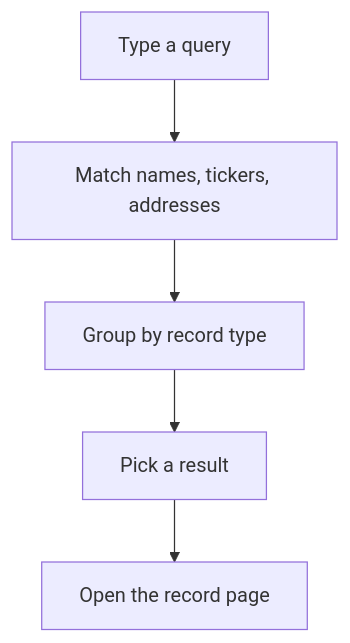
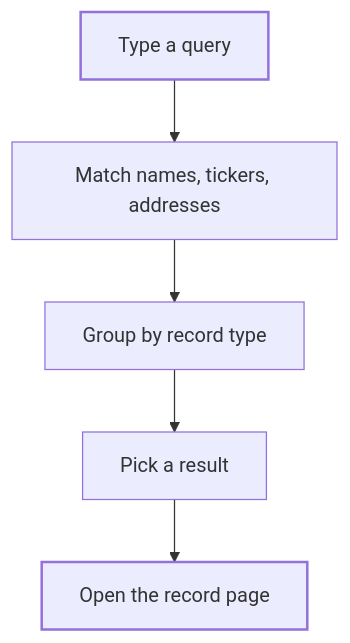
One commit to blupryntco/docs changed the diagram in explorer/search.mdx. Above: the diagram before and after it, drawn with Mermaid. The commit also changed 54 other files, not shown here.

Commit message:
Diagrams in site palette with dark mode; Developers overview for SDK + both APIs

````diff
--- a/explorer/search.mdx
+++ b/explorer/search.mdx
@@ -19,7 +19,11 @@
 ```mermaid
 flowchart TD
     A[Type a query] --> B[Match names, tickers, addresses]
     B --> C[Group by record type]
     C --> D[Pick a result]
     D --> E[Open the record page]
+classDef start stroke-width:2px
+classDef done stroke-width:2px
+class A start
+class E done
 ```
````
